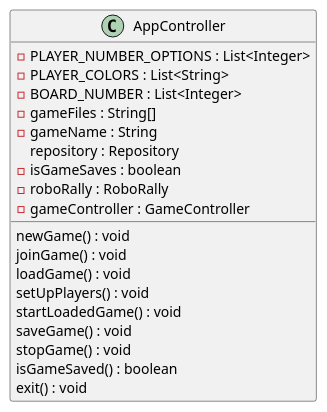
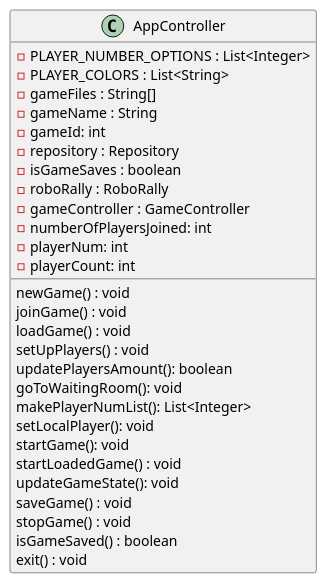
The diagram in Diagrams/AppController.puml (NegarOstad/RoboRally-Repo), drawn with PlantUML before and after one commit. The commit also changed 2 other files, not shown here.

Commit message:
AppController class diagram

```diff
--- a/Diagrams/AppController.puml
+++ b/Diagrams/AppController.puml
@@ -1,30 +1,39 @@
 @startuml
 'https://plantuml.com/class-diagram
 
 class AppController{
 
 -PLAYER_NUMBER_OPTIONS : List<Integer>
 -PLAYER_COLORS : List<String>
--BOARD_NUMBER : List<Integer>
 -gameFiles : String[]
 -gameName : String
-repository : Repository
+-gameId: int
+-repository : Repository
 -isGameSaves : boolean
 -roboRally : RoboRally
 -gameController : GameController
+-numberOfPlayersJoined: int
+-playerNum: int
+-playerCount: int
 
 newGame() : void
 joinGame() : void
 loadGame() : void
 setUpPlayers() : void
+updatePlayersAmount(): boolean
+goToWaitingRoom(): void
+makePlayerNumList(): List<Integer>
+setLocalPlayer(): void
+startGame(): void
 startLoadedGame() : void
+updateGameState(): void
 saveGame() : void
 stopGame() : void
 isGameSaved() : boolean
 exit() : void
 }
 
 
 
 
 @enduml
```
